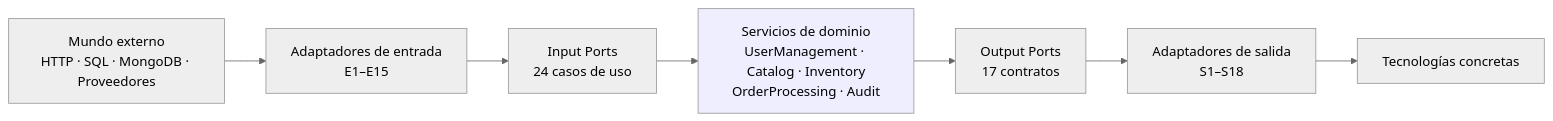
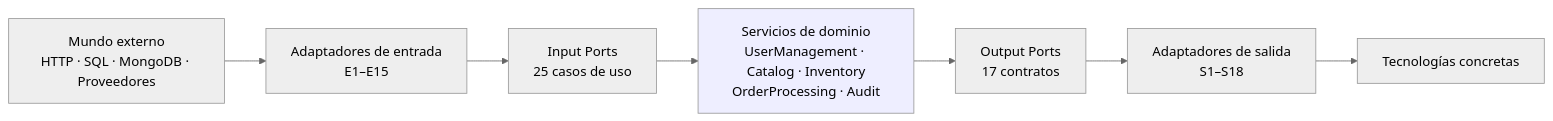
The first of 3 diagrams in SDD/Adapters/README.md (SamuuVA/Programacion-Web-2-2026), drawn with Mermaid (neutral theme) before and after one commit. The commit also changed other lines of this file and 26 other files, not shown here.

````diff
--- a/SDD/Adapters/README.md
+++ b/SDD/Adapters/README.md
@@ -37,11 +37,11 @@
 ```mermaid
 flowchart LR
     EXT["Mundo externo<br/>HTTP · SQL · MongoDB · Proveedores"] --> IN["Adaptadores de entrada<br/>E1–E15"]
-    IN --> IP["Input Ports<br/>24 casos de uso"]
+    IN --> IP["Input Ports<br/>25 casos de uso"]
     IP --> CORE["Servicios de dominio<br/>UserManagement · Catalog · Inventory<br/>OrderProcessing · Audit"]
     CORE --> OP["Output Ports<br/>17 contratos"]
     OP --> OUT["Adaptadores de salida<br/>S1–S18"]
     OUT --> EXT2["Tecnologías concretas"]
 
     style CORE fill:#eef
 ```
````
